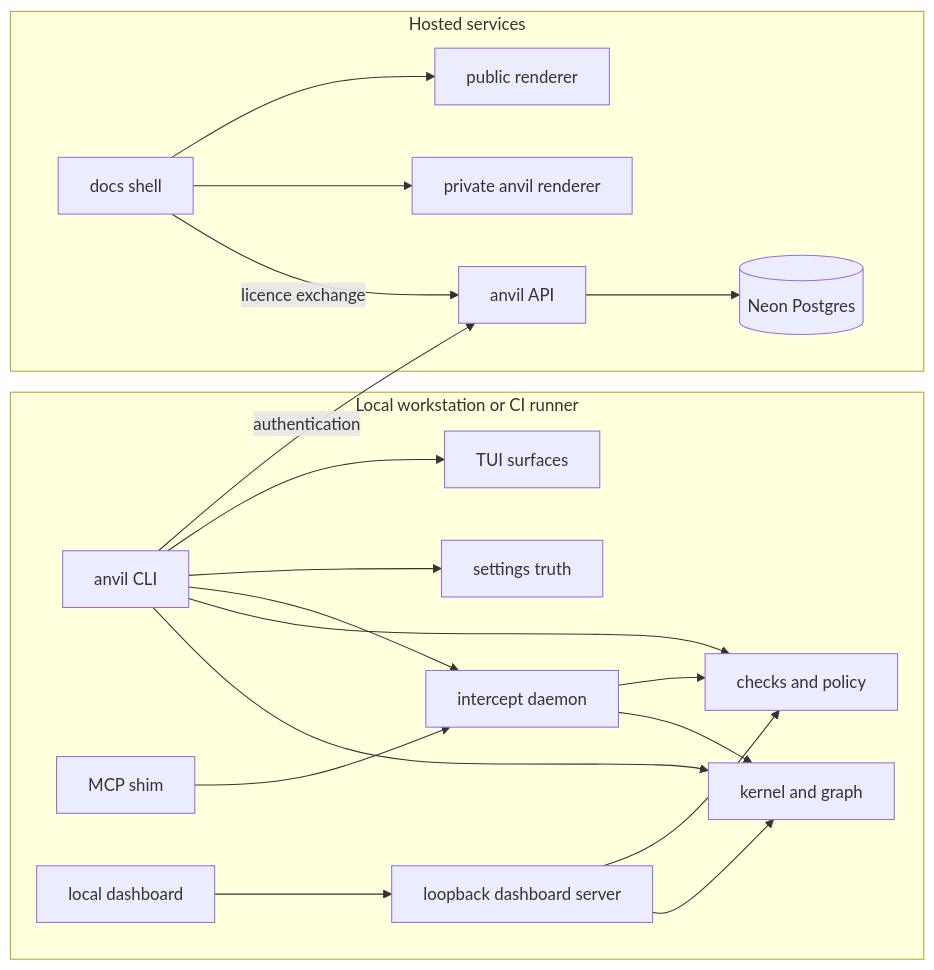
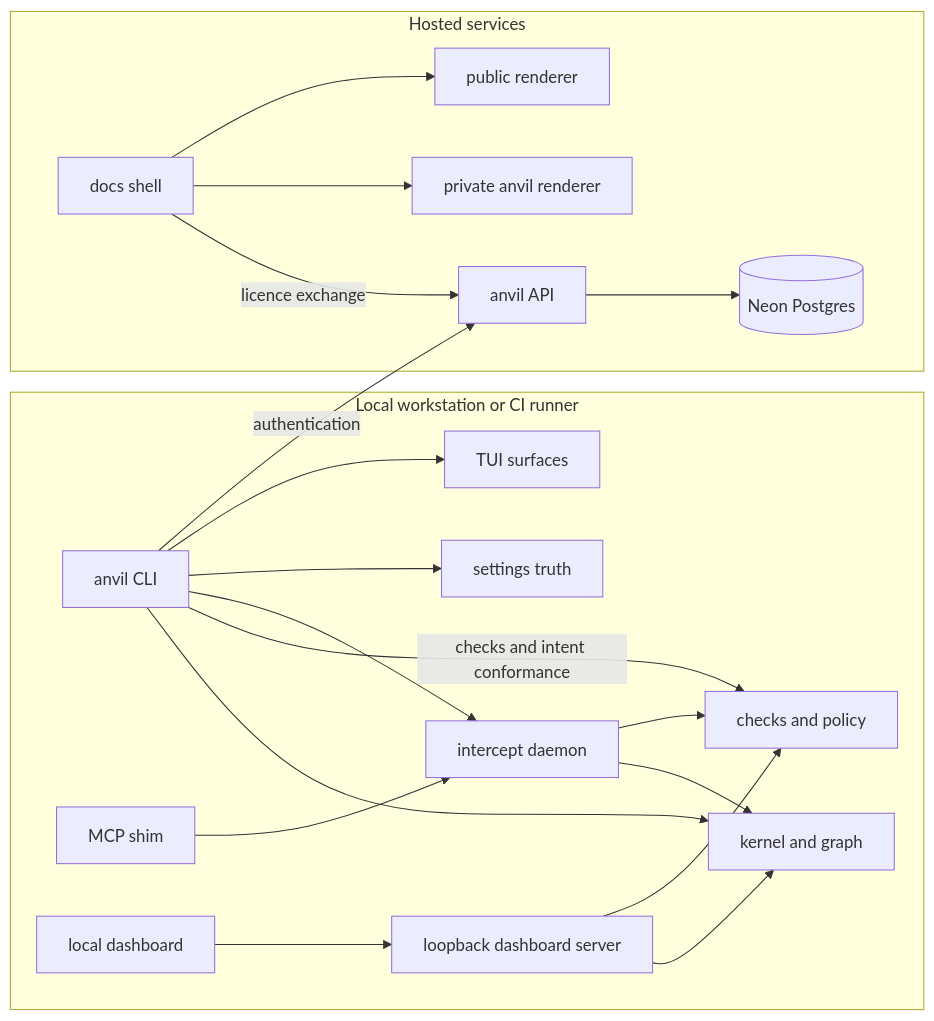
The second of 2 diagrams in docs/architecture/overview.md (eddacraft/eddacraft-tui), drawn with Mermaid before and after one commit. The commit also changed other lines of this file, not shown here.

First line of the commit message:
docs(conformance): map external declaration flow

````diff
--- a/docs/architecture/overview.md
+++ b/docs/architecture/overview.md
@@ -61,41 +61,41 @@
 ```mermaid
 flowchart LR
     subgraph Local["Local workstation or CI runner"]
         CLI[anvil CLI]
         MCP[MCP shim]
         Daemon[intercept daemon]
         Kernel[kernel and graph]
         Checks[checks and policy]
         Settings[settings truth]
         TUI[TUI surfaces]
         Dashboard[local dashboard]
         DashboardServer[loopback dashboard server]
 
         CLI --> Kernel
-        CLI --> Checks
+        CLI -->|checks and intent conformance| Checks
         CLI --> Daemon
         CLI --> Settings
         CLI --> TUI
         MCP --> Daemon
         Daemon --> Kernel
         Daemon --> Checks
         Dashboard --> DashboardServer
         DashboardServer --> Kernel
         DashboardServer --> Checks
     end
 
     subgraph Hosted["Hosted services"]
         API[anvil API]
         Database[(Neon Postgres)]
         DocsShell[docs shell]
         Private[private anvil renderer]
         Public[public renderer]
 
         API --> Database
         DocsShell -->|licence exchange| API
         DocsShell --> Private
         DocsShell --> Public
     end
 
     CLI -->|authentication| API
 ```
````
